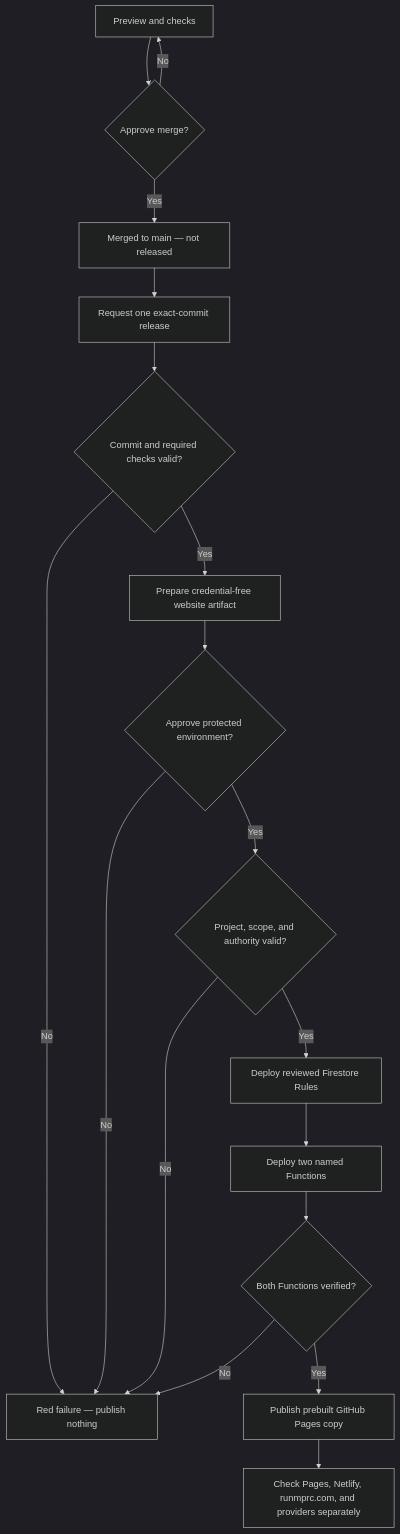
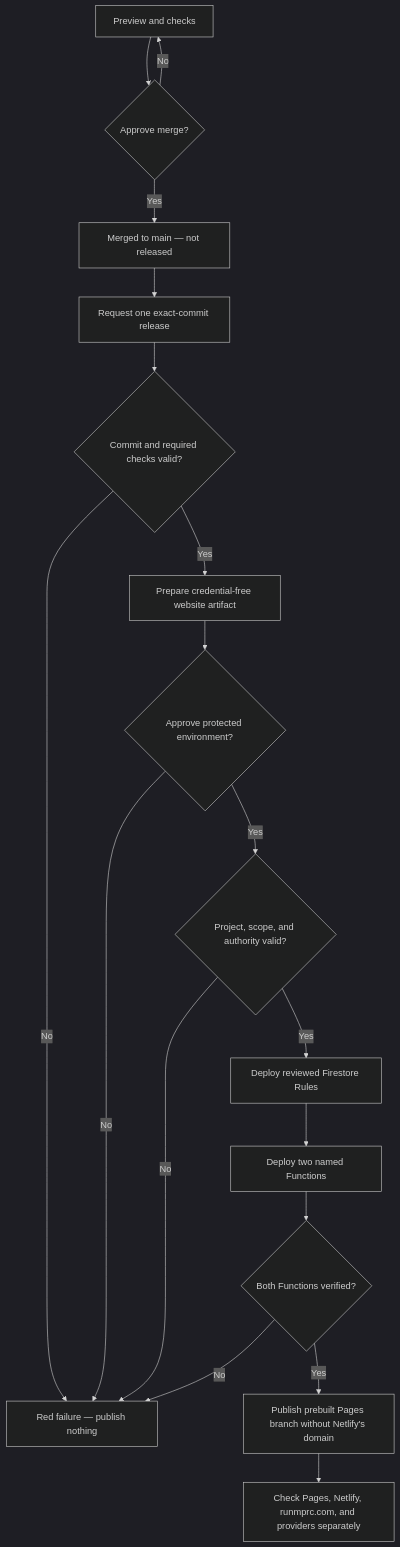
One commit to Run-MPRC/Run-MPRC.github.io changed the diagram in docs/officers/PUBLISH_AND_CHECK.md. Above: the diagram before and after it, drawn with Mermaid (dark theme). The commit also changed other lines of this file and 16 other files, not shown here.

````diff
--- a/docs/officers/PUBLISH_AND_CHECK.md
+++ b/docs/officers/PUBLISH_AND_CHECK.md
@@ -17,20 +17,20 @@
 ```mermaid
 flowchart TD
     Review["Preview and checks"] --> Merge{"Approve merge?"}
     Merge -- "No" --> Review
     Merge -- "Yes" --> Merged["Merged to main — not released"]
     Merged --> Request["Request one exact-commit release"]
     Request --> Preflight{"Commit and required checks valid?"}
     Preflight -- "No" --> Stop["Red failure — publish nothing"]
     Preflight -- "Yes" --> Prepare["Prepare credential-free website artifact"]
     Prepare --> Release{"Approve protected environment?"}
     Release -- "No" --> Stop
     Release -- "Yes" --> Gate{"Project, scope, and authority valid?"}
     Gate -- "No" --> Stop
     Gate -- "Yes" --> Rules["Deploy reviewed Firestore Rules"]
     Rules --> Functions["Deploy two named Functions"]
     Functions --> VerifyBackend{"Both Functions verified?"}
     VerifyBackend -- "No" --> Stop
-    VerifyBackend -- "Yes" --> Pages["Publish prebuilt GitHub Pages copy"]
+    VerifyBackend -- "Yes" --> Pages["Publish prebuilt Pages branch without Netlify's domain"]
     Pages --> Verify["Check Pages, Netlify, runmprc.com, and providers separately"]
 ```
````
